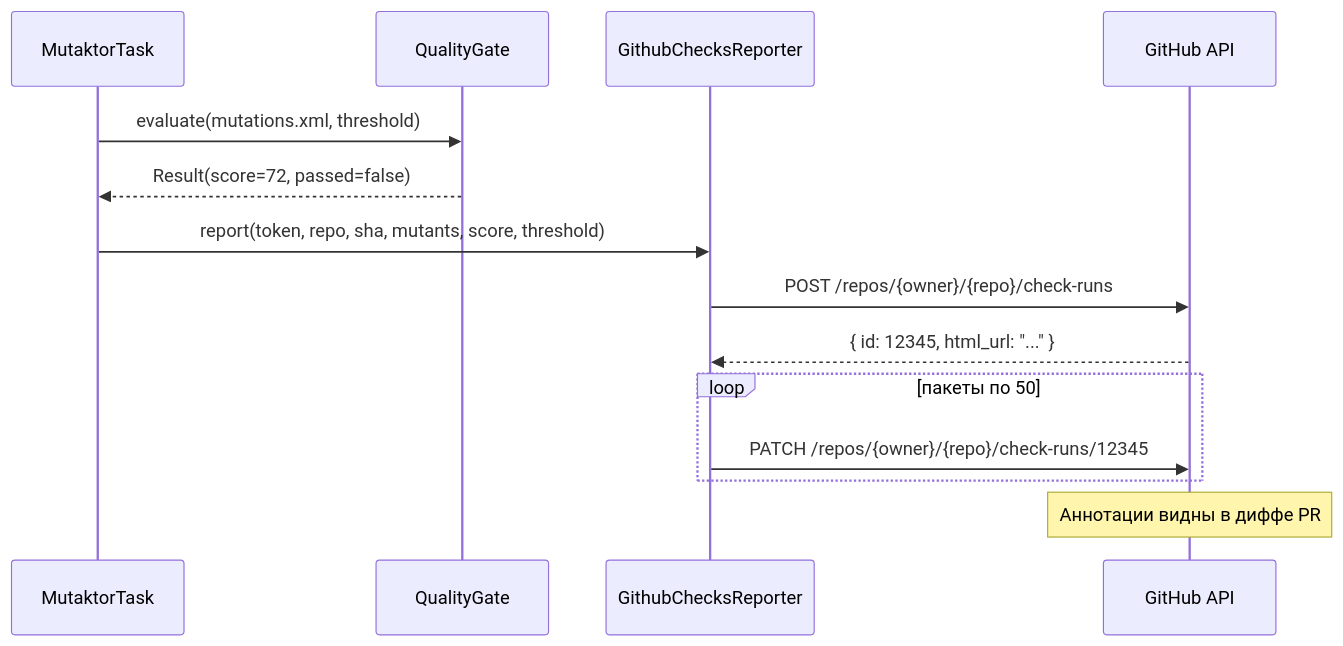
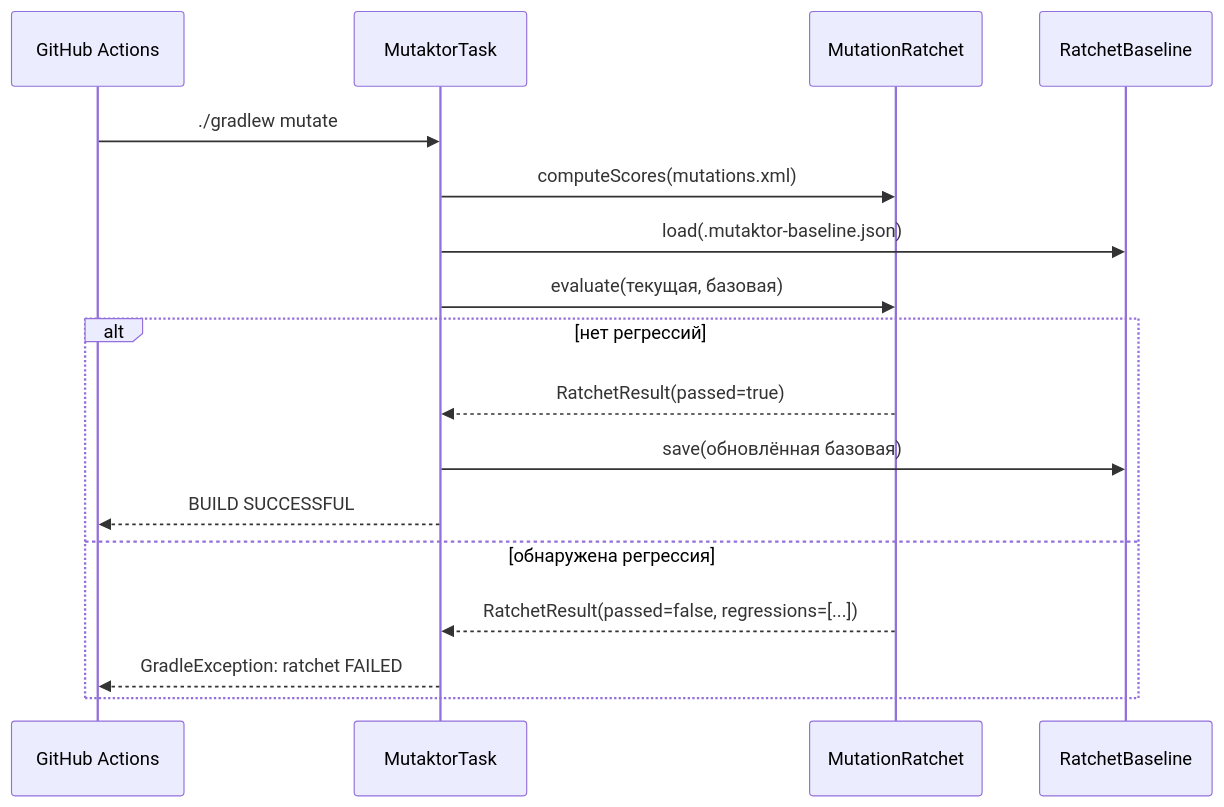
Before and after one commit to ioplane/mutaktor: the third of 3 diagrams in docs/ru/07-ci-cd.md, drawn with Mermaid. The commit also changed other lines of this file and 13 other files, not shown here.

````diff
--- a/docs/ru/07-ci-cd.md
+++ b/docs/ru/07-ci-cd.md
@@ -308,17 +373,20 @@
 ```mermaid
 sequenceDiagram
+    participant CI as GitHub Actions
     participant T as MutaktorTask
-    participant Q as QualityGate
-    participant R as GithubChecksReporter
-    participant GH as GitHub API
+    participant R as MutationRatchet
+    participant B as RatchetBaseline
 
-    T->>Q: evaluate(mutations.xml, threshold)
-    Q-->>T: Result(score=72, passed=false)
-    T->>R: report(token, repo, sha, mutants, score, threshold)
-    R->>GH: POST /repos/{owner}/{repo}/check-runs
-    GH-->>R: { id: 12345, html_url: "..." }
-    loop пакеты по 50
-        R->>GH: PATCH /repos/{owner}/{repo}/check-runs/12345
+    CI->>T: ./gradlew mutate
+    T->>R: computeScores(mutations.xml)
+    T->>B: load(.mutaktor-baseline.json)
+    T->>R: evaluate(текущая, базовая)
+    alt нет регрессий
+        R-->>T: RatchetResult(passed=true)
+        T->>B: save(обновлённая базовая)
+        T-->>CI: BUILD SUCCESSFUL
+    else обнаружена регрессия
+        R-->>T: RatchetResult(passed=false, regressions=[...])
+        T-->>CI: GradleException: ratchet FAILED
     end
-    Note over GH: Аннотации видны в диффе PR
 ```
````
